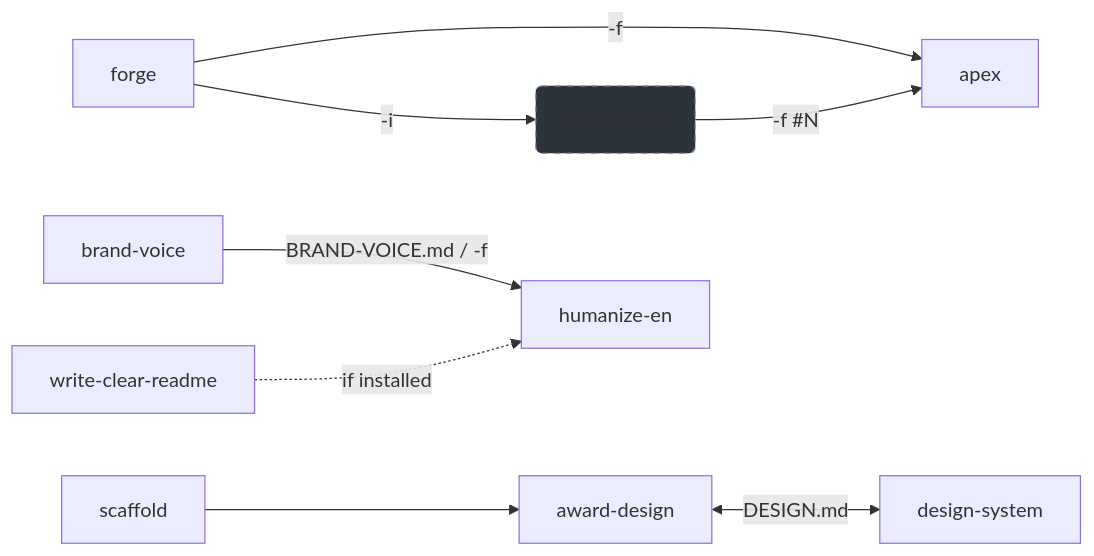
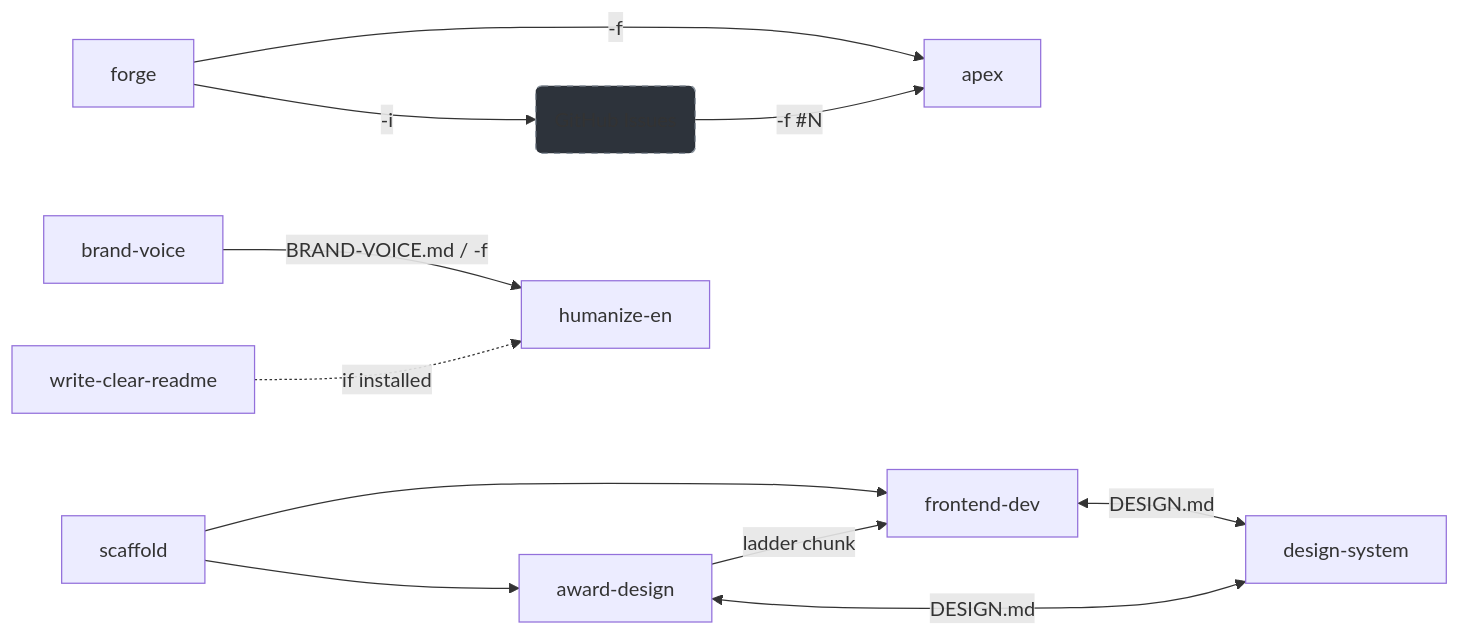
Before and after one commit to coroboros/agent-skills: the diagram in README.md, drawn with Mermaid. The commit also changed other lines of this file and 13 other files, not shown here.

First line of the commit message:
feat(frontend-dev): everyday frontend lane with a visual quality floor

````diff
--- a/README.md
+++ b/README.md
@@ -1230,14 +1274,17 @@
 ```mermaid
 graph LR
   forge -->|"-f"| apex
   forge -->|"-i"| issues(GitHub Issues)
   issues -->|"-f #N"| apex
 
   scaffold --> award-design
+  scaffold --> frontend-dev
+  award-design -->|ladder chunk| frontend-dev
+  frontend-dev <-->|DESIGN.md| design-system
   award-design <-->|DESIGN.md| design-system
 
   brand-voice -->|"BRAND-VOICE.md / -f"| humanize-en
   write-clear-readme -.->|if installed| humanize-en
 
   style issues fill:#2d333b,stroke:#8b949e,stroke-dasharray: 5 5
 ```
````
